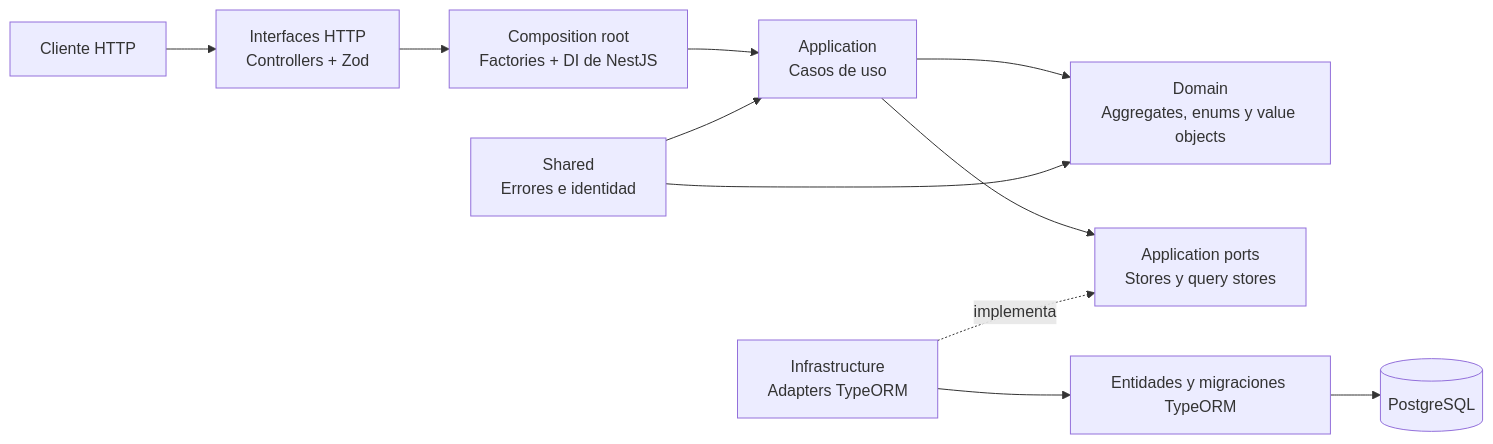
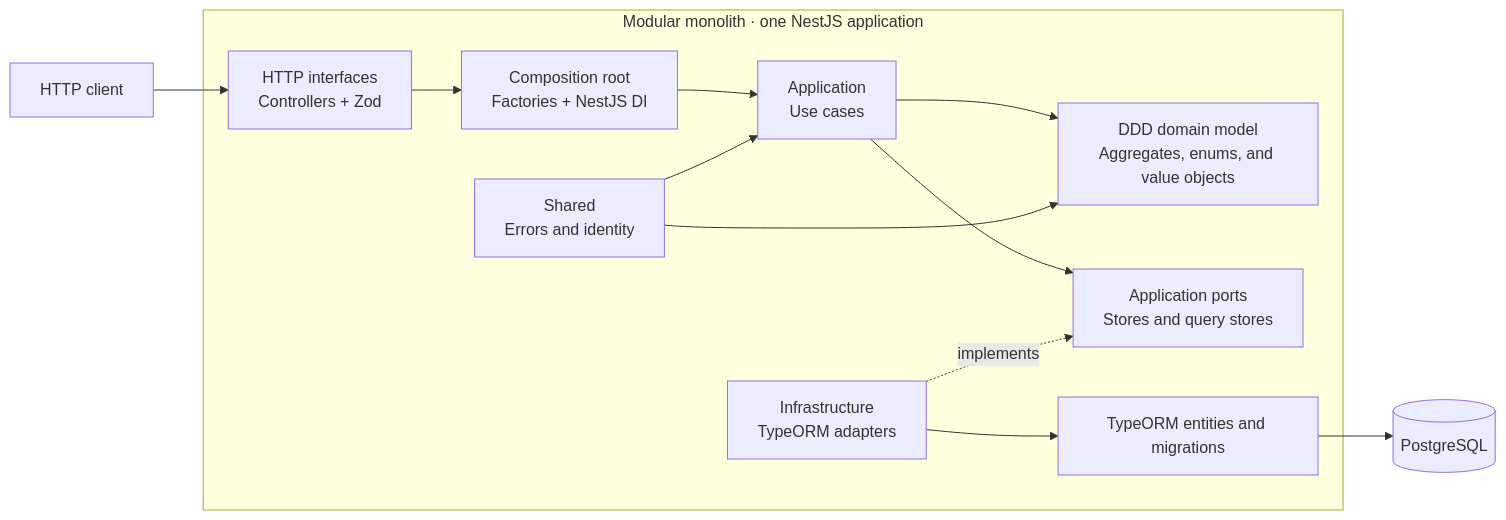
One commit to Jonatlop07/task-manager-challenge changed the first of 2 diagrams in task-manager-backend/README.md. Above: the diagram before and after it, drawn with Mermaid. The commit also changed other lines of this file and 2 other files, not shown here.

````diff
--- a/task-manager-backend/README.md
+++ b/task-manager-backend/README.md
@@ -154,13 +168,17 @@
 ```mermaid
 flowchart LR
-  Client["Cliente HTTP"] --> Controller["Interfaces HTTP<br/>Controllers + Zod"]
-  Controller --> Composition["Composition root<br/>Factories + DI de NestJS"]
-  Composition --> UseCase["Application<br/>Casos de uso"]
-  UseCase --> Domain["Domain<br/>Aggregates, enums y value objects"]
-  UseCase --> Port["Application ports<br/>Stores y query stores"]
-  Adapter["Infrastructure<br/>Adapters TypeORM"] -. implementa .-> Port
-  Adapter --> ORM["Entidades y migraciones TypeORM"]
+  Client["HTTP client"] --> Controller["HTTP interfaces<br/>Controllers + Zod"]
+
+  subgraph Monolith["Modular monolith · one NestJS application"]
+    Controller --> Composition["Composition root<br/>Factories + NestJS DI"]
+    Composition --> UseCase["Application<br/>Use cases"]
+    UseCase --> Domain["DDD domain model<br/>Aggregates, enums, and value objects"]
+    UseCase --> Port["Application ports<br/>Stores and query stores"]
+    Adapter["Infrastructure<br/>TypeORM adapters"] -. implements .-> Port
+    Adapter --> ORM["TypeORM entities and migrations"]
+    Shared["Shared<br/>Errors and identity"] --> UseCase
+    Shared --> Domain
+  end
+
   ORM --> PostgreSQL[("PostgreSQL")]
-  Shared["Shared<br/>Errores e identidad"] --> UseCase
-  Shared --> Domain
 ```
````
